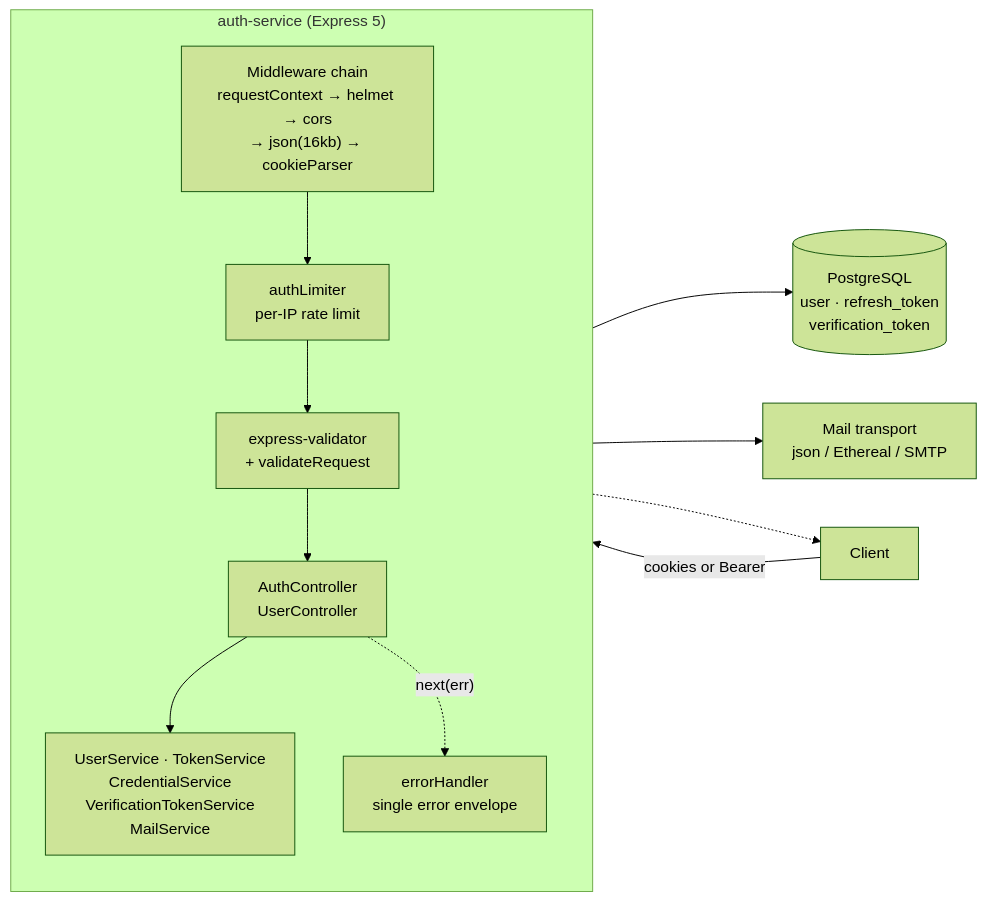
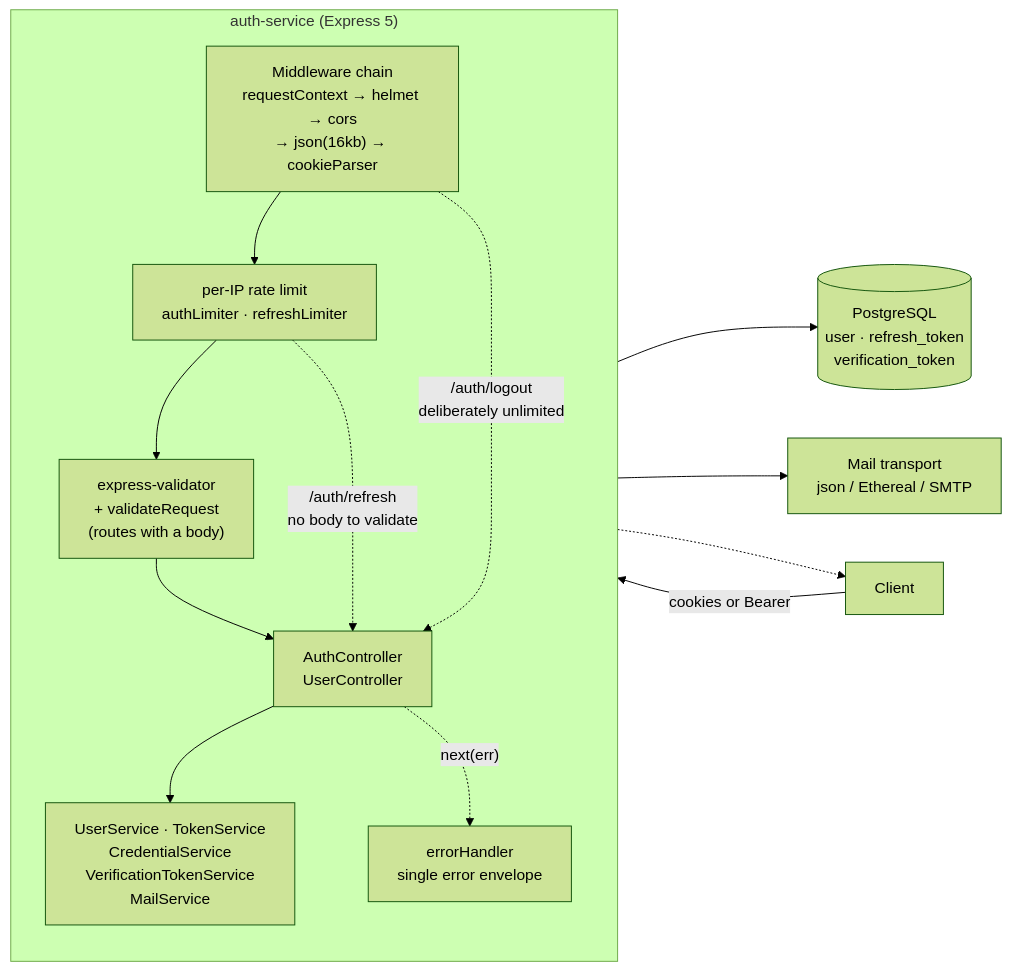
The first of 2 diagrams in README.md (vipinsao/auth-service), drawn with Mermaid (forest theme) before and after one commit. The commit also changed other lines of this file and 5 other files, not shown here.

````diff
--- a/README.md
+++ b/README.md
@@ -12,22 +12,24 @@
 ```mermaid
 flowchart LR
     Client[Client]
 
     subgraph Service["auth-service (Express 5)"]
         direction TB
         MW["Middleware chain<br/>requestContext → helmet → cors<br/>→ json(16kb) → cookieParser"]
-        RL["authLimiter<br/>per-IP rate limit"]
-        V["express-validator<br/>+ validateRequest"]
+        RL["per-IP rate limit<br/>authLimiter · refreshLimiter"]
+        V["express-validator<br/>+ validateRequest<br/>(routes with a body)"]
         C["AuthController<br/>UserController"]
         S["UserService · TokenService<br/>CredentialService<br/>VerificationTokenService<br/>MailService"]
         EH["errorHandler<br/>single error envelope"]
     end
 
     DB[("PostgreSQL<br/>user · refresh_token<br/>verification_token")]
     SMTP["Mail transport<br/>json / Ethereal / SMTP"]
 
     Client -->|"cookies or Bearer"| MW --> RL --> V --> C --> S
+    RL -.->|"/auth/refresh<br/>no body to validate"| C
+    MW -.->|"/auth/logout<br/>deliberately unlimited"| C
     S --> DB
     S --> SMTP
     C -.->|"next(err)"| EH -.-> Client
 ```
````
